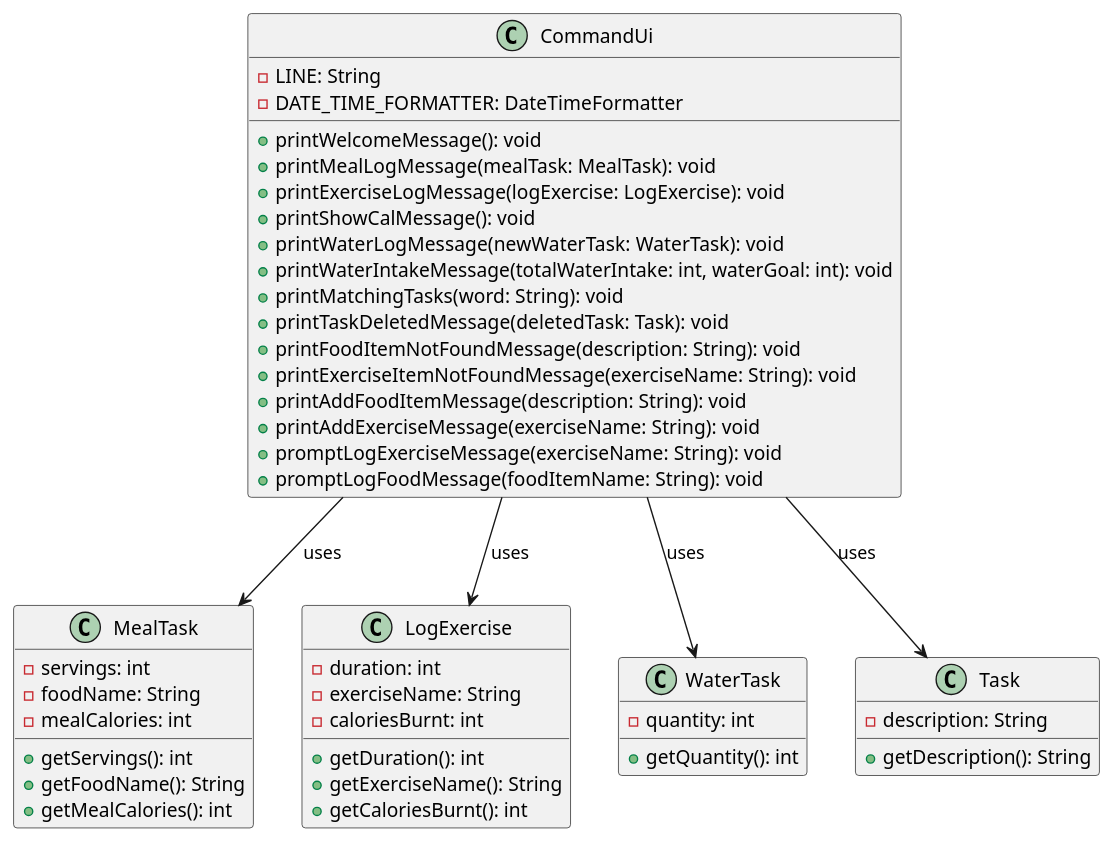
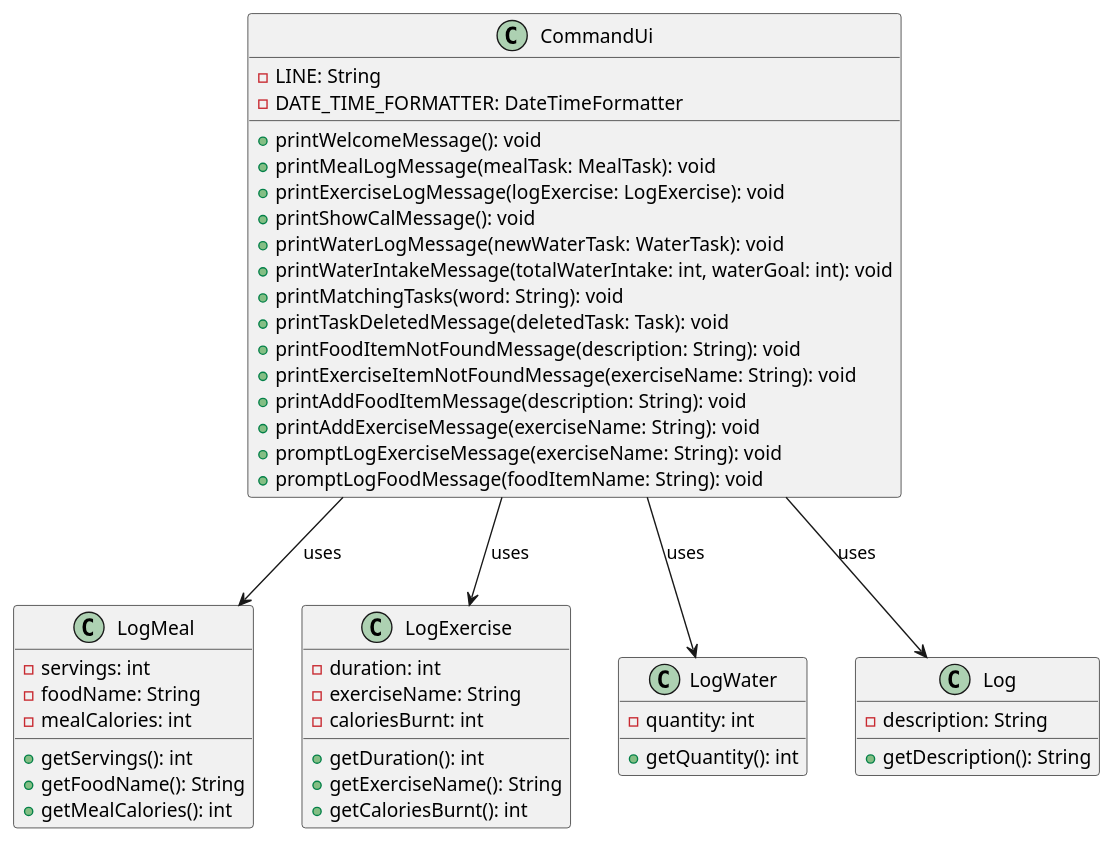
Before and after one commit to AY2324S2-CS2113-W12-2/tp: the diagram in docs/UML diagrams/Ui.puml, drawn with PlantUML. The commit also changed 6 other files, not shown here.

Commit message:
Edits to DG and UML diagrams

```diff
--- a/docs/UML diagrams/Ui.puml
+++ b/docs/UML diagrams/Ui.puml
@@ -1,59 +1,59 @@
 @startuml
 'https://plantuml.com/sequence-diagram
 
 
 class CommandUi {
     - LINE: String
     - DATE_TIME_FORMATTER: DateTimeFormatter
     + printWelcomeMessage(): void
     + printMealLogMessage(mealTask: MealTask): void
     + printExerciseLogMessage(logExercise: LogExercise): void
     + printShowCalMessage(): void
     + printWaterLogMessage(newWaterTask: WaterTask): void
     + printWaterIntakeMessage(totalWaterIntake: int, waterGoal: int): void
     + printMatchingTasks(word: String): void
     + printTaskDeletedMessage(deletedTask: Task): void
     + printFoodItemNotFoundMessage(description: String): void
     + printExerciseItemNotFoundMessage(exerciseName: String): void
     + printAddFoodItemMessage(description: String): void
     + printAddExerciseMessage(exerciseName: String): void
     + promptLogExerciseMessage(exerciseName: String): void
     + promptLogFoodMessage(foodItemName: String): void
 }
 
-class MealTask {
+class LogMeal {
     - servings: int
     - foodName: String
     - mealCalories: int
     + getServings(): int
     + getFoodName(): String
     + getMealCalories(): int
 }
 
 class LogExercise {
     - duration: int
     - exerciseName: String
     - caloriesBurnt: int
     + getDuration(): int
     + getExerciseName(): String
     + getCaloriesBurnt(): int
 }
 
-class WaterTask {
+class LogWater {
     - quantity: int
     + getQuantity(): int
 }
 
-class Task {
+class Log {
     - description: String
     + getDescription(): String
 }
 
-CommandUi --> MealTask : uses
+CommandUi --> LogMeal : uses
 CommandUi --> LogExercise : uses
-CommandUi --> WaterTask : uses
-CommandUi --> Task : uses
+CommandUi --> LogWater : uses
+CommandUi --> Log : uses
 
 
 
 @enduml
```
